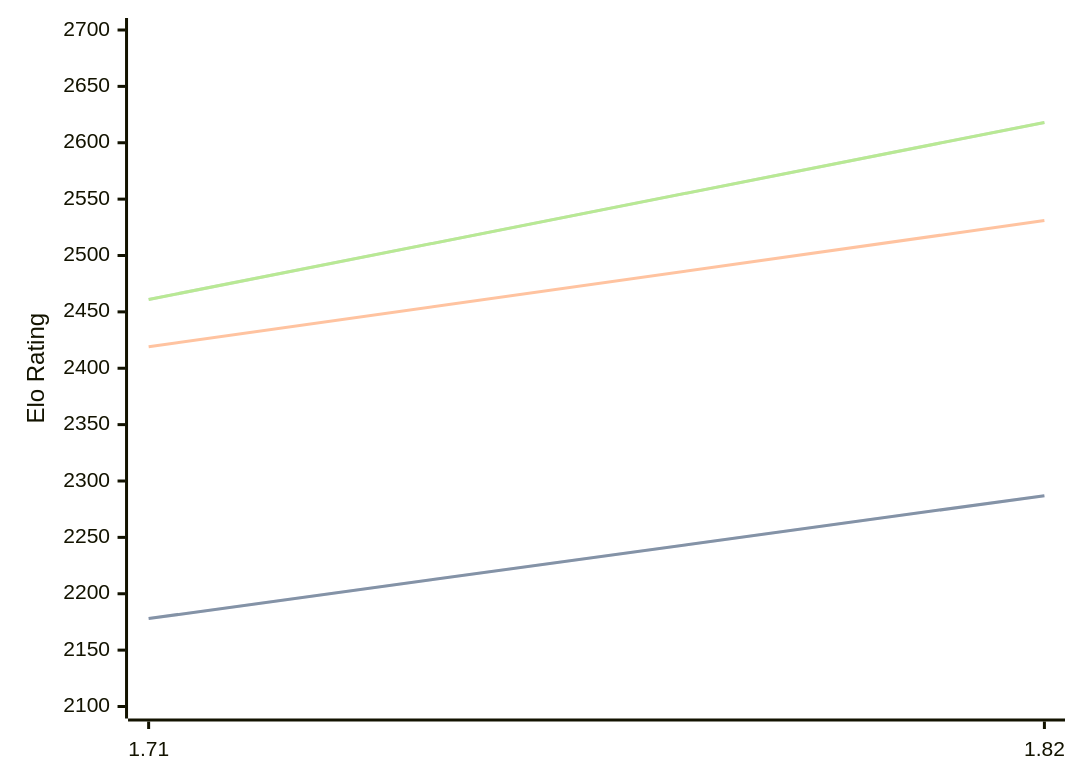
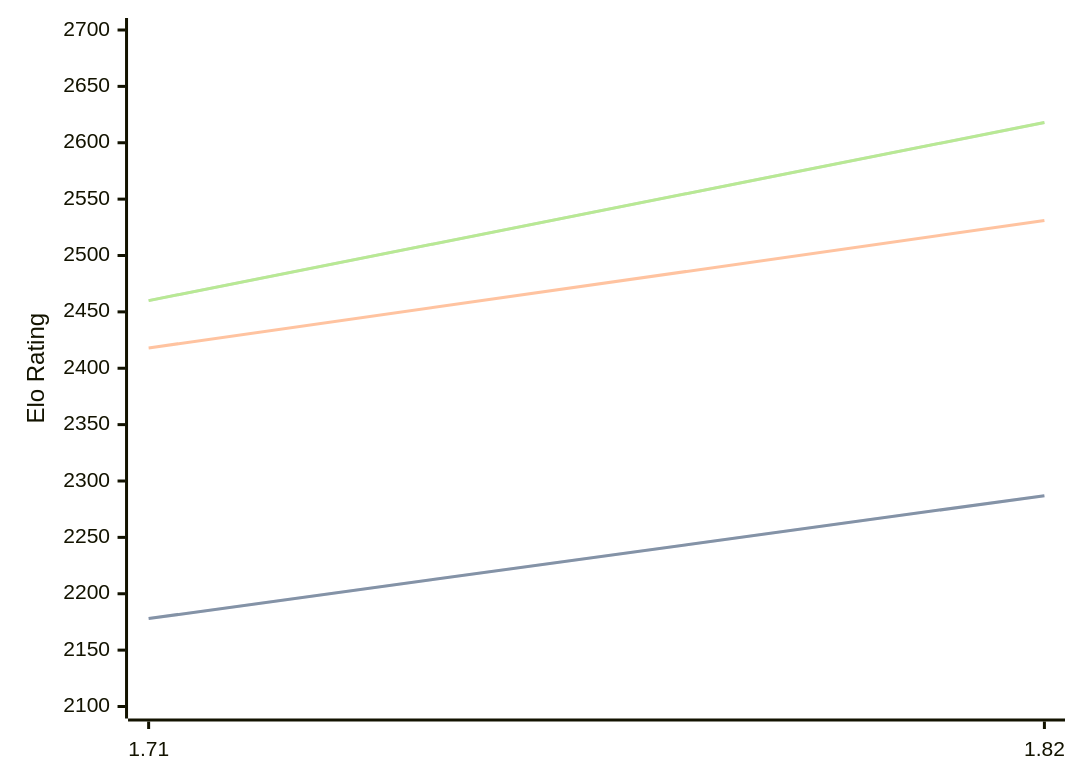
Before and after one commit to computer-chess-index/cci: the diagram in engines/Amira.md, drawn with Mermaid. The commit also changed other lines of this file, not shown here.

Commit message:
Update CCI Ratings (ELO VLTC) - 2026-08-11

````diff
--- a/engines/Amira.md
+++ b/engines/Amira.md
@@ -32,11 +32,11 @@
 ```mermaid
 %%{init: {"theme":"base","themeVariables":{"seriesColors:['#a3a3a3','#222221','#faa371']}}}%%
 xychart-beta
   x-axis ["1.71", "1.82"]
   y-axis "Elo Rating" 2100 --> 2700
   line "STC (8.0+0.08s)" [2178, 2287]
   line "STC (8.0+0.08s)" [2178, 2287]
-  line "LTC (60.0+0.60s)" [2419, 2531]
-  line "VLTC (2m24s+1.12s)" [2461, 2618]
-  line "VLTC (2m24s+1.12s)" [2461, 2618]
+  line "LTC (60.0+0.60s)" [2418, 2531]
+  line "VLTC (2m24s+1.12s)" [2460, 2618]
+  line "VLTC (2m24s+1.12s)" [2460, 2618]
 ```
````
